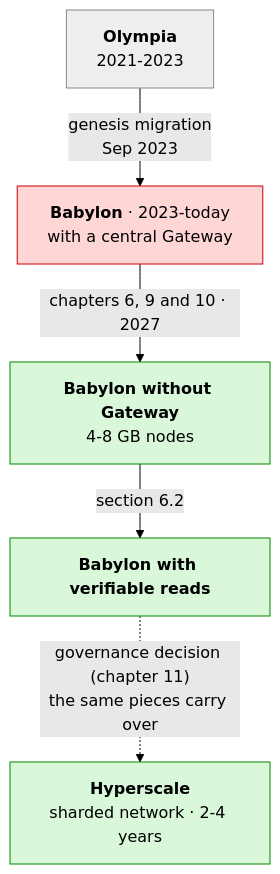
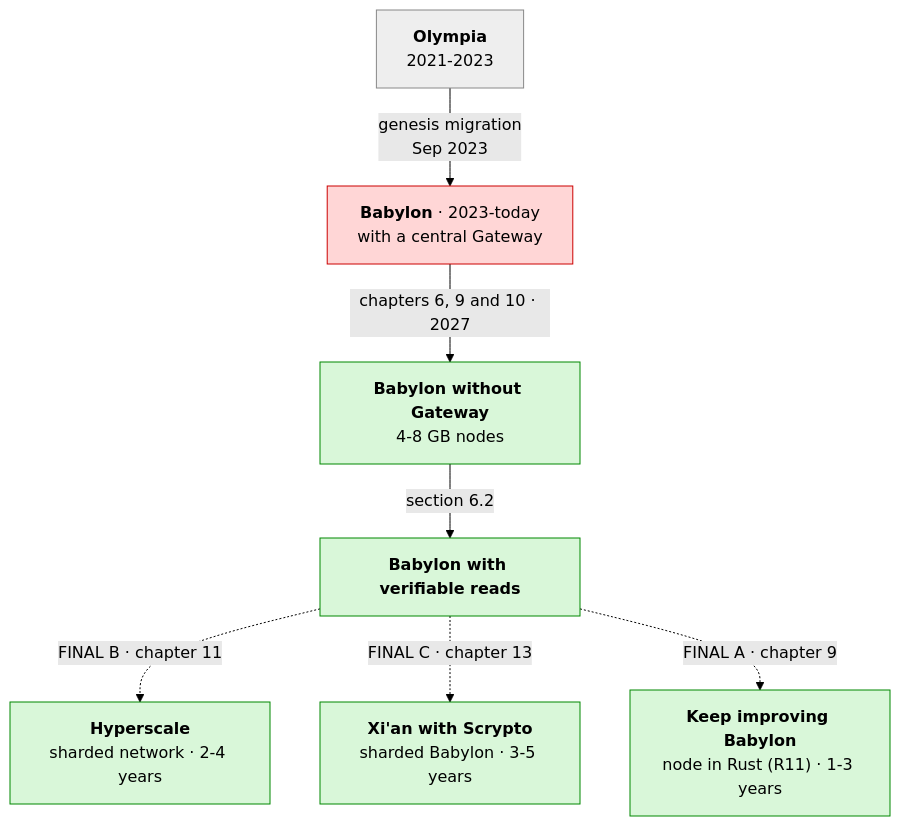
Before and after one commit to dazligth/radix-decentralization-roadmap: the first of 5 diagrams in docs/en/11-hyperscale-evolution.md, drawn with Mermaid (forest theme). The commit also changed other lines of this file and 32 other files, not shown here.

First line of the commit message:
Add chapter 13, decentralised history, detailed roadmap and review fixes

````diff
--- a/docs/en/11-hyperscale-evolution.md
+++ b/docs/en/11-hyperscale-evolution.md
@@ -32,13 +37,15 @@
 ```mermaid
 flowchart TB
     O["<b>Olympia</b><br/>2021-2023"] -->|"genesis migration<br/>Sep 2023"| B["<b>Babylon</b> · 2023-today<br/>with a central Gateway"]
     B -->|"chapters 6, 9 and 10 · 2027"| BS["<b>Babylon without Gateway</b><br/>4-8 GB nodes"]
     BS -->|"section 6.2"| BV["<b>Babylon with verifiable reads</b>"]
-    BV -.->|"governance decision (chapter 11)<br/>the same pieces carry over"| H["<b>Hyperscale</b><br/>sharded network · 2-4 years"]
+    BV -.->|"FINAL B · chapter 11"| H["<b>Hyperscale</b><br/>sharded network · 2-4 years"]
     classDef old fill:#eeeeee,stroke:#888,color:#000
     classDef bad fill:#ffd6d6,stroke:#c00,color:#000
     classDef good fill:#d9f7d9,stroke:#080,color:#000
     class O old
     class B bad
-    class BS,BV,H good
+    BV -.->|"FINAL C · chapter 13"| X["<b>Xi'an with Scrypto</b><br/>sharded Babylon · 3-5 years"]
+    BV -.->|"FINAL A · chapter 9"| A["<b>Keep improving Babylon</b><br/>node in Rust (R11) · 1-3 years"]
+    class BS,BV,H,X,A good
 ```
````
